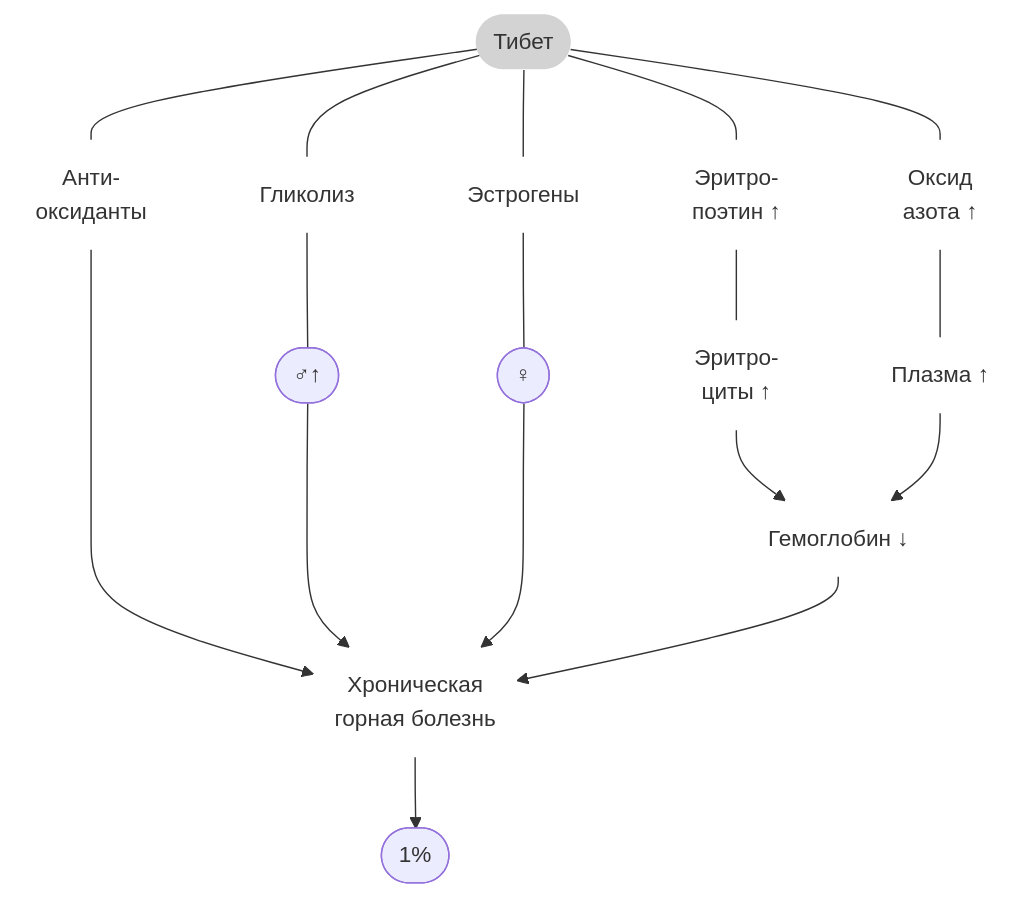
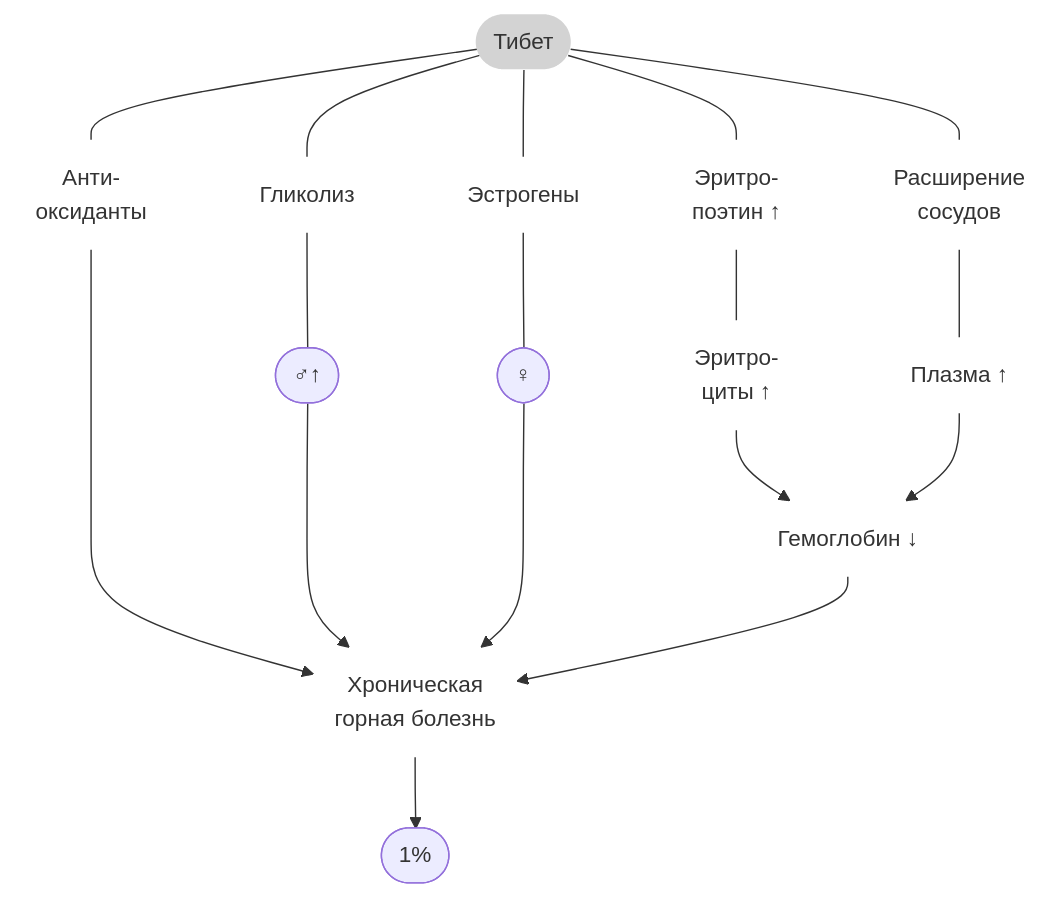
Before and after one commit to ekaterina-o/ekaterina-o.github.io: the third of 5 diagrams in content/notes/2023-0416-2200.Адаптации к гипоксии.md, drawn with Mermaid. The commit also changed other lines of this file, not shown here.

````diff
--- a/content/notes/2023-0416-2200.Адаптации к гипоксии.md
+++ b/content/notes/2023-0416-2200.Адаптации к гипоксии.md
@@ -128,29 +128,29 @@
 ```mermaid
 flowchart TD
 
 ТБ(["Тибет"])
-ОК("Оксид\n азота ↑")
+ОК("Расширение\n сосудов")
 ПЛ("Плазма ↑")
 АНТ("Анти-\n оксиданты")
 ГЛ("Гликолиз")
 АНТСЦ(["♂↑"])
 ЭС("Эстрогены")
 ЭСК(["♀"])
 ЭР("Эритро-\n поэтин ↑")
 ЭРЦ("Эритро-\n циты ↑")
 ГМ("Гемоглобин ↓")
 ХР("Хроническая<br>горная болезнь")
 ПР(["1%"])
 
 ТБ --- АНТ ----> ХР
 ТБ --- ГЛ --- АНТСЦ ---> ХР
 ТБ --- ЭС --- ЭСК ---> ХР
 ТБ --- ЭР --- ЭРЦ --> ГМ
 ТБ --- ОК --- ПЛ --> ГМ --> ХР --> ПР
 
 class ТБ,ОК,РС,ПЛ,ОБ,ГМ,АНТ,ГЛ,ЭС,ГН,ЭР,ЭРЦ,ХР HIDE
 classDef HIDE fill:none,stroke:none
 
 class ТБ LGREY
 classDef LGREY fill:lightgrey,stroke:none
 ```
````
